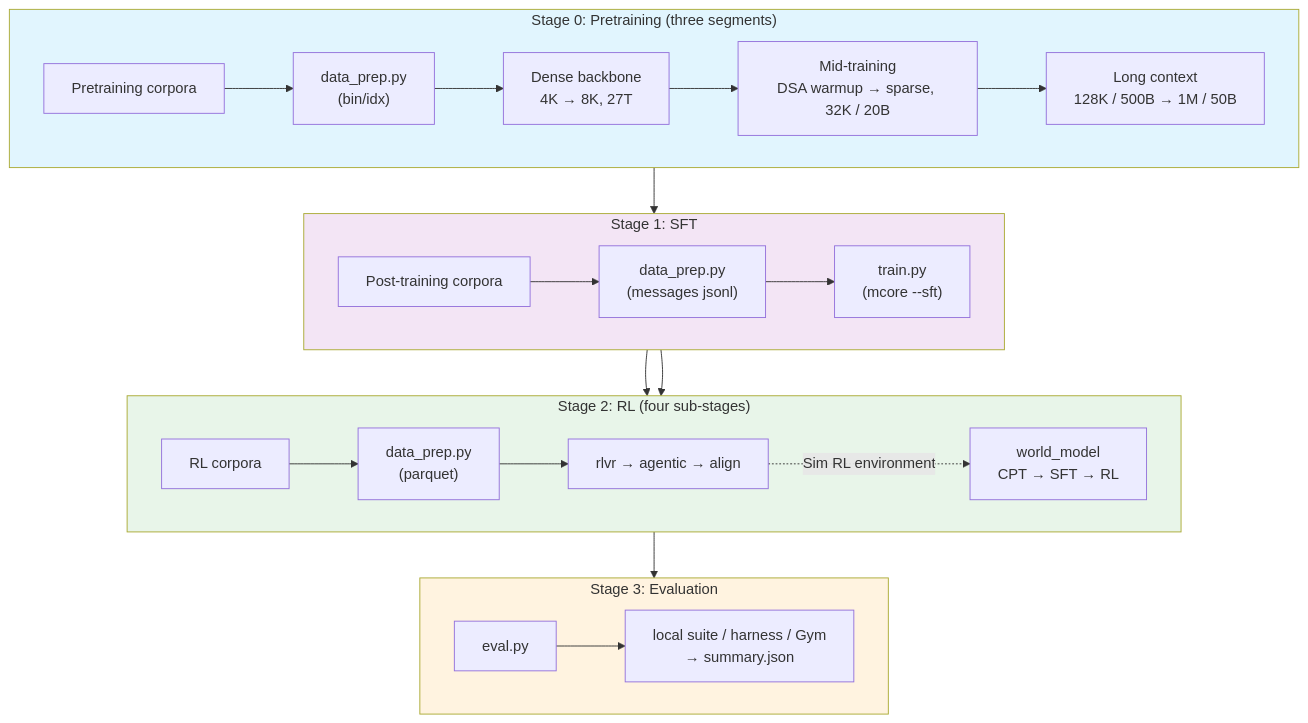
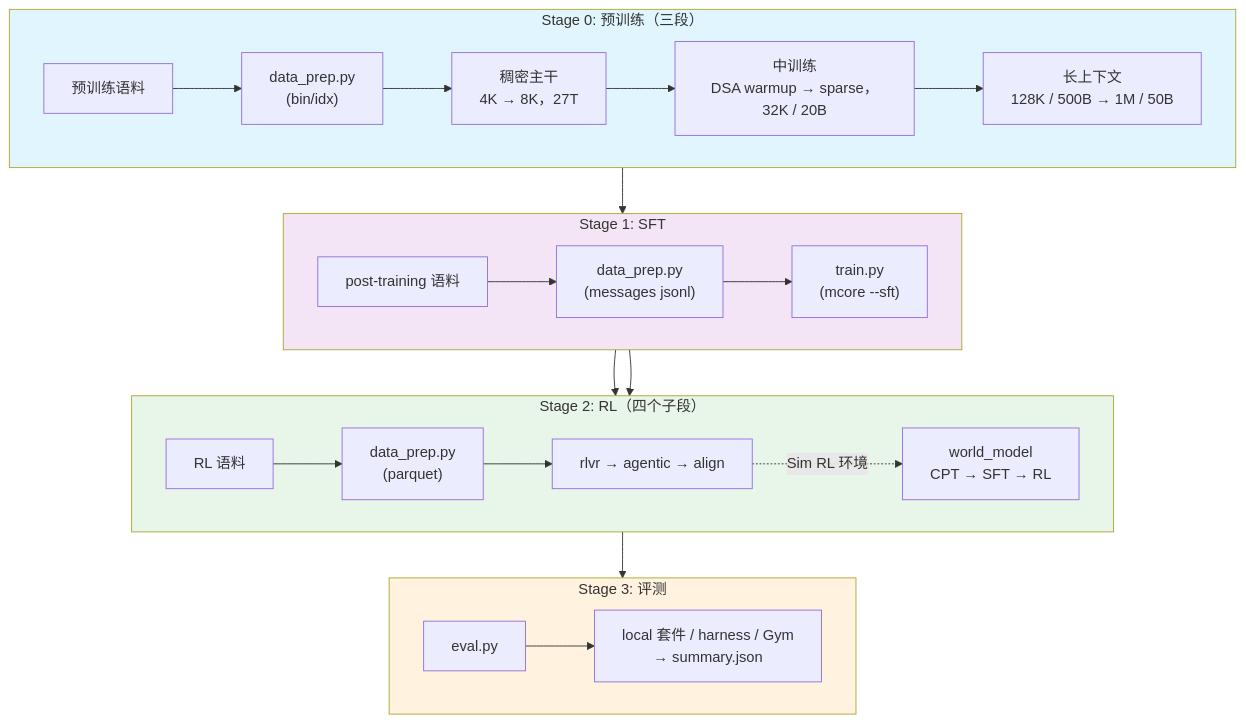
One commit to zongzhilou/shensi changed the first of 2 diagrams in src/shensi/recipes/shensi/README.md. Above: the diagram before and after it, drawn with Mermaid. The commit also changed other lines of this file and 13 other files, not shown here.

````diff
--- a/src/shensi/recipes/shensi/README.md
+++ b/src/shensi/recipes/shensi/README.md
@@ -32,35 +43,34 @@
 ```mermaid
 flowchart TB
-    subgraph stage0["Stage 0: Pretraining (three segments)"]
+    subgraph stage0["Stage 0: 预训练（三段）"]
         direction LR
-        raw["Pretraining corpora"] --> dp0["data_prep.py<br/>(bin/idx)"] --> p1["Dense backbone<br/>4K → 8K, 27T"]
-        p1 --> p2["Mid-training<br/>DSA warmup → sparse, 32K / 20B"]
-        p2 --> p3["Long context<br/>128K / 500B → 1M / 50B"]
+        raw["预训练语料"] --> dp0["data_prep.py<br/>(bin/idx)"] --> p1["稠密主干<br/>4K → 8K，27T"]
+        p1 --> p2["中训练<br/>DSA warmup → sparse，32K / 20B"]
+        p2 --> p3["长上下文<br/>128K / 500B → 1M / 50B"]
     end
 
     subgraph stage1["Stage 1: SFT"]
         direction LR
-        inst["Post-training corpora"] --> dp1["data_prep.py<br/>(messages jsonl)"] --> s1["train.py<br/>(mcore --sft)"]
+        inst["post-training 语料"] --> dp1["data_prep.py<br/>(messages jsonl)"] --> s1["train.py<br/>(mcore --sft)"]
     end
 
-    subgraph stage2["Stage 2: RL (four sub-stages)"]
+    subgraph stage2["Stage 2: RL（四个子段）"]
         direction LR
-        rl["RL corpora"] --> dp2["data_prep.py<br/>(parquet)"] --> r1["rlvr → agentic → align"]
-        r1 -.->|"Sim RL environment"| wm["world_model<br/>CPT → SFT → RL"]
+        rl["RL 语料"] --> dp2["data_prep.py<br/>(parquet)"] --> r1["rlvr → agentic → align"]
+        r1 -.->|"Sim RL 环境"| wm["world_model<br/>CPT → SFT → RL"]
     end
 
-    subgraph stage3["Stage 3: Evaluation"]
+    subgraph stage3["Stage 3: 评测"]
         direction LR
-        ev["eval.py"] --> out["local suite / harness / Gym<br/>→ summary.json"]
+        ev["eval.py"] --> out["local 套件 / harness / Gym<br/>→ summary.json"]
     end
 
     p3 --> s1
     s1 --> r1
     s1 --> wm
     r1 --> ev
-
     style stage0 fill:#e1f5fe
     style stage1 fill:#f3e5f5
     style stage2 fill:#e8f5e9
     style stage3 fill:#fff3e0
 ```
````
